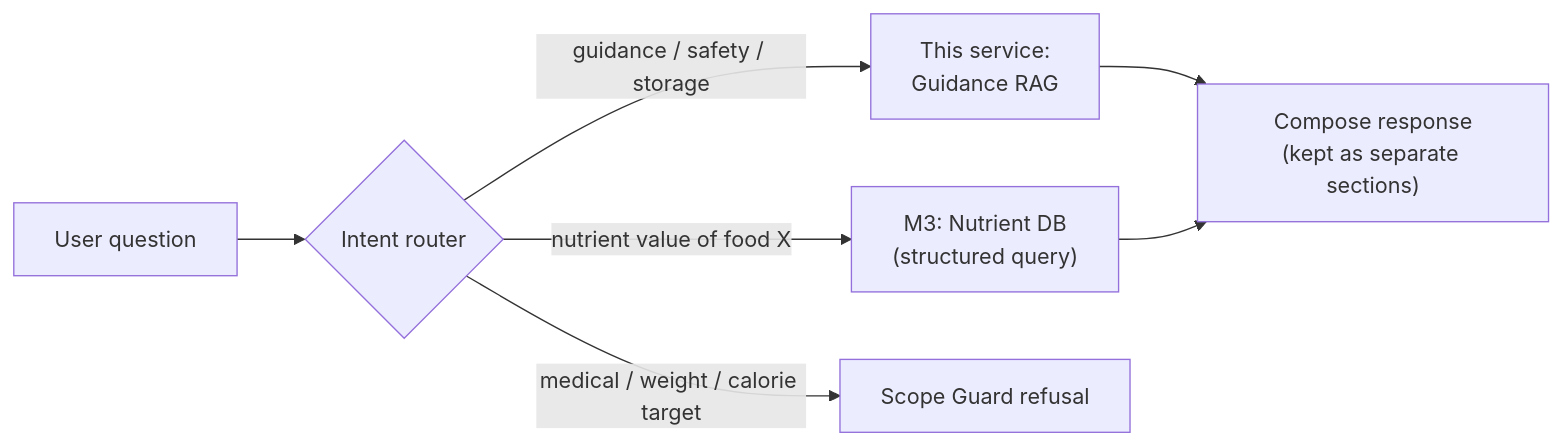
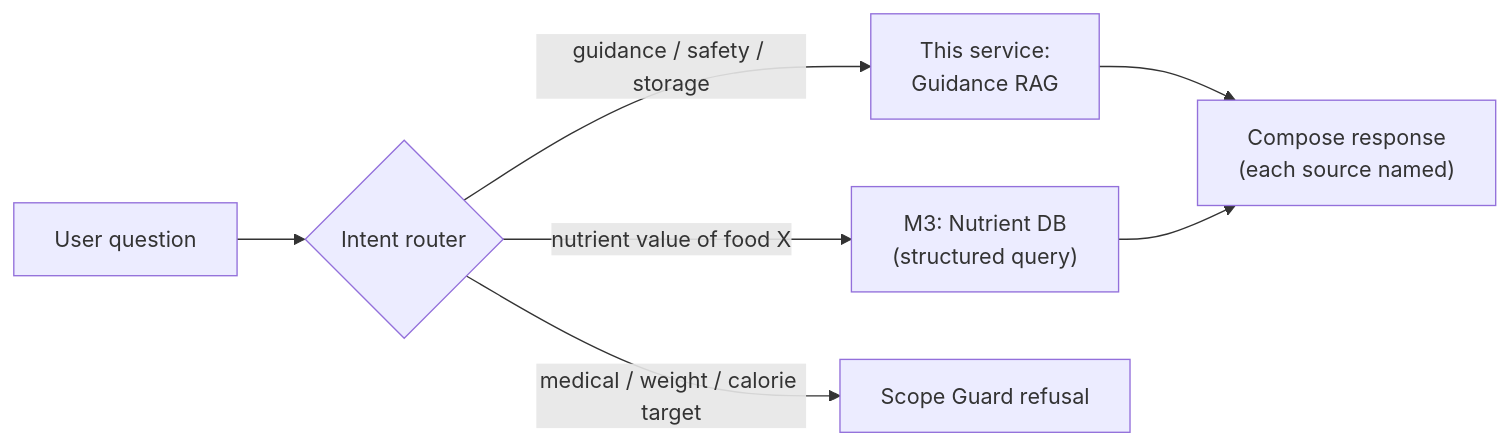
Before and after one commit to vaishali-iyengar/TruNutri-RAG-chatbot: diagram 11 of 11 in ARCHITECTURE.md, drawn with Mermaid. The commit also changed other lines of this file and 1 other file, not shown here.

First line of the commit message:
Update architecture doc and plan to the built system

````diff
--- a/ARCHITECTURE.md
+++ b/ARCHITECTURE.md
@@ -712,9 +776,9 @@
 ```mermaid
 flowchart LR
     U["User question"] --> RT{"Intent router"}
     RT -->|"guidance / safety / storage"| RAG["This service:<br/>Guidance RAG"]
     RT -->|"nutrient value of food X"| NDB["M3: Nutrient DB<br/>(structured query)"]
     RT -->|"medical / weight / calorie target"| REF["Scope Guard refusal"]
-    RAG --> C["Compose response<br/>(kept as separate sections)"]
+    RAG --> C["Compose response<br/>(each source named)"]
     NDB --> C
 ```
````
